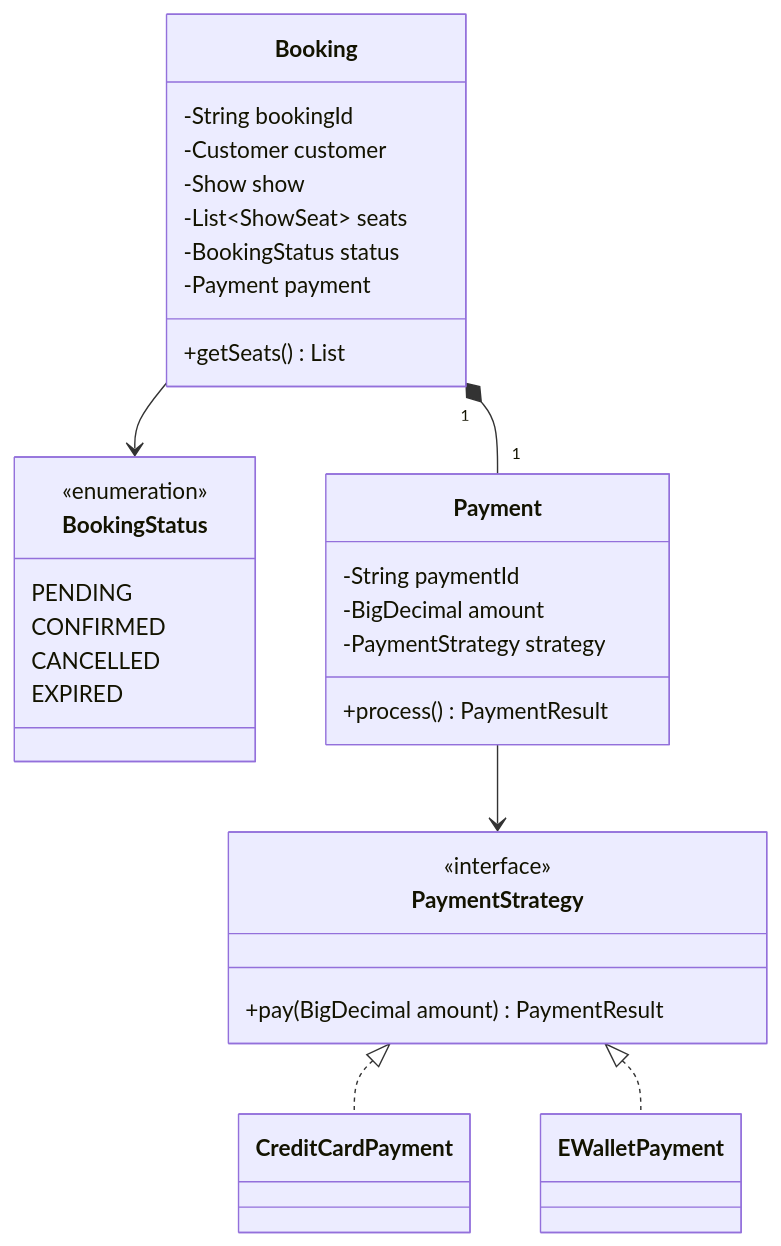
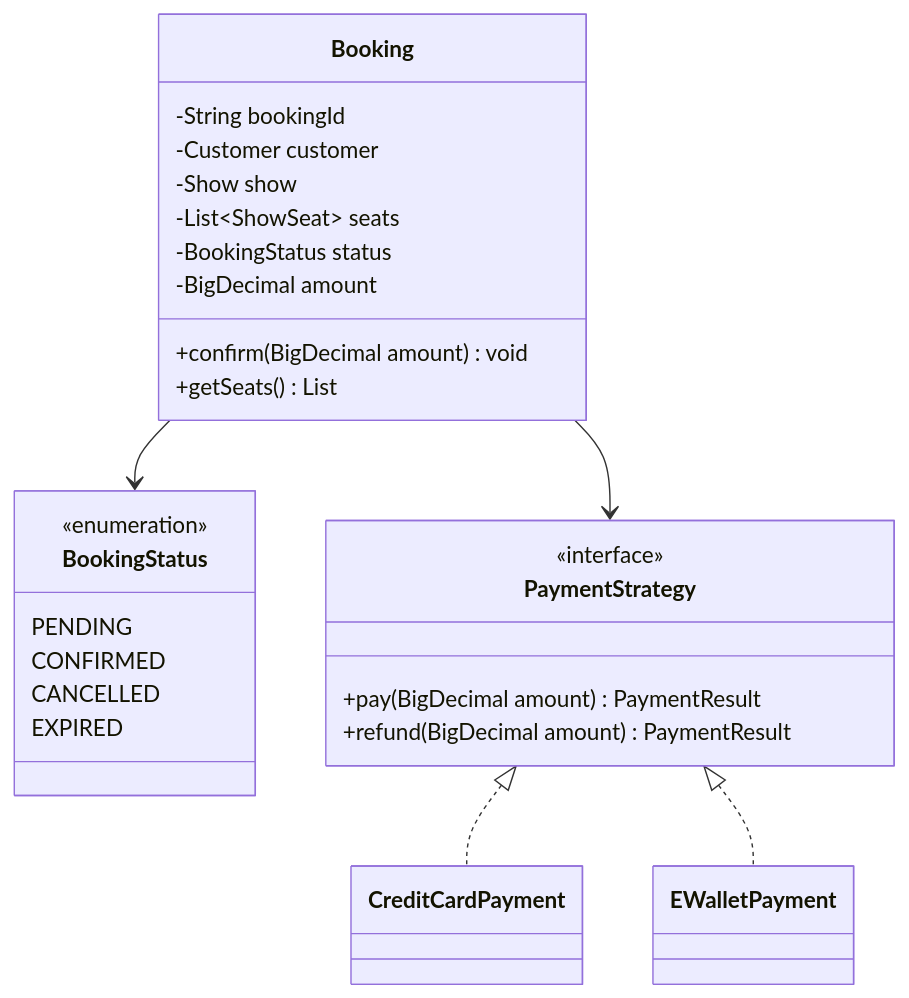
Before and after one commit to thangtn98/movie_booking: the sixth of 7 diagrams in Readme.md, drawn with Mermaid. The commit also changed other lines of this file and 1 other file, not shown here.

````diff
--- a/Readme.md
+++ b/Readme.md
@@ -242,36 +263,31 @@
 ```mermaid
 classDiagram
     class Booking {
         -String bookingId
         -Customer customer
         -Show show
         -List~ShowSeat~ seats
         -BookingStatus status
-        -Payment payment
+        -BigDecimal amount
+        +confirm(BigDecimal amount) void
         +getSeats() List
     }
     class BookingStatus {
         <<enumeration>>
         PENDING
         CONFIRMED
         CANCELLED
         EXPIRED
     }
-    class Payment {
-        -String paymentId
-        -BigDecimal amount
-        -PaymentStrategy strategy
-        +process() PaymentResult
-    }
     class PaymentStrategy {
         <<interface>>
         +pay(BigDecimal amount) PaymentResult
+        +refund(BigDecimal amount) PaymentResult
     }
     class CreditCardPayment
     class EWalletPayment
     Booking --> BookingStatus
-    Booking "1" *-- "1" Payment
-    Payment --> PaymentStrategy
+    Booking --> PaymentStrategy
     PaymentStrategy <|.. CreditCardPayment
     PaymentStrategy <|.. EWalletPayment
 ```
````
